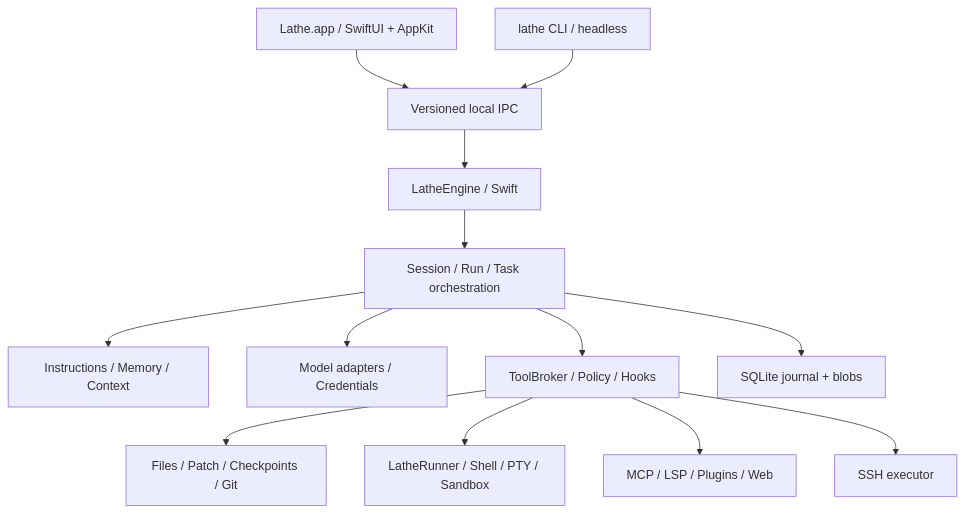
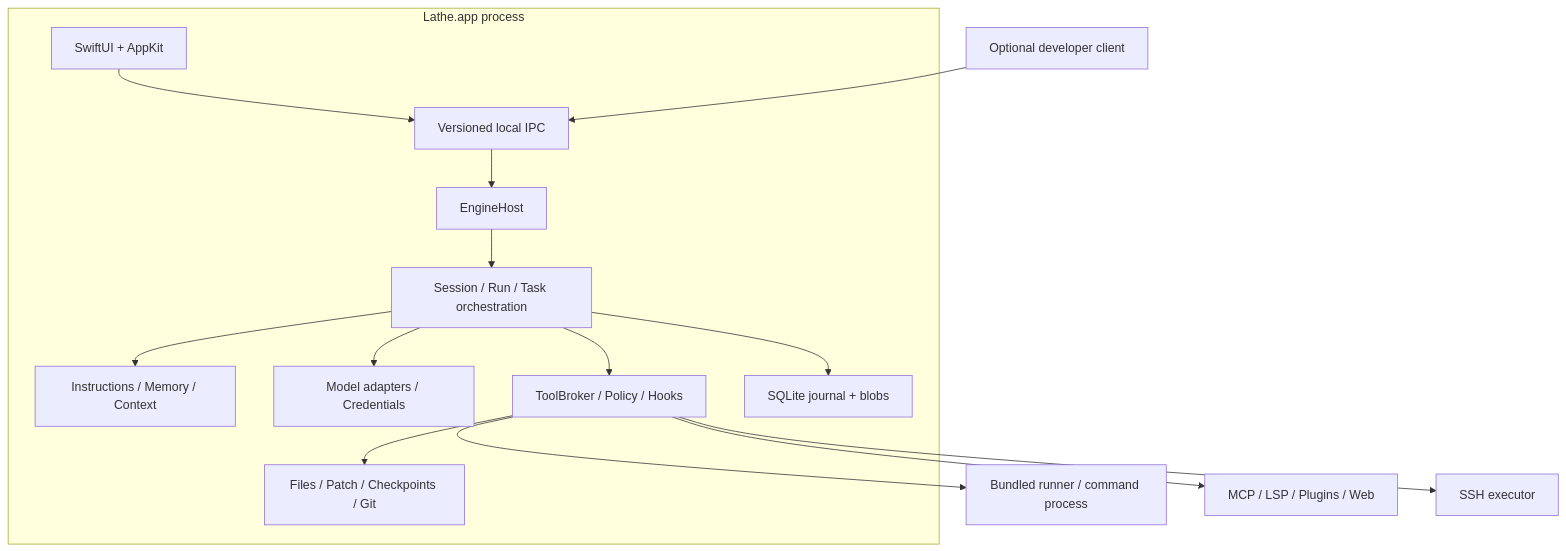
The diagram in docs/architecture.md (H4RUming/lathe-code), drawn with Mermaid before and after one commit. The commit also changed other lines of this file and 33 other files, not shown here.

Commit message:
feat(app): own the engine lifecycle and ship a single native app

````diff
--- a/docs/architecture.md
+++ b/docs/architecture.md
@@ -54,15 +55,17 @@
 ```mermaid
 flowchart TD
-    App[Lathe.app / SwiftUI + AppKit] --> IPC[Versioned local IPC]
-    CLI[lathe CLI / headless] --> IPC
-    IPC --> Engine[LatheEngine / Swift]
-    Engine --> Runtime[Session / Run / Task orchestration]
-    Runtime --> Context[Instructions / Memory / Context]
-    Runtime --> Providers[Model adapters / Credentials]
-    Runtime --> Broker[ToolBroker / Policy / Hooks]
-    Runtime --> Journal[SQLite journal + blobs]
-    Broker --> Files[Files / Patch / Checkpoints / Git]
-    Broker --> Runner[LatheRunner / Shell / PTY / Sandbox]
+    subgraph App[Lathe.app process]
+      UI[SwiftUI + AppKit] --> IPC[Versioned local IPC]
+      IPC --> Host[EngineHost]
+      Host --> Runtime[Session / Run / Task orchestration]
+      Runtime --> Context[Instructions / Memory / Context]
+      Runtime --> Providers[Model adapters / Credentials]
+      Runtime --> Broker[ToolBroker / Policy / Hooks]
+      Runtime --> Journal[SQLite journal + blobs]
+      Broker --> Files[Files / Patch / Checkpoints / Git]
+    end
+    Dev[Optional developer client] --> IPC
+    Broker --> Runner[Bundled runner / command process]
     Broker --> Ext[MCP / LSP / Plugins / Web]
     Broker --> Remote[SSH executor]
 ```
````
